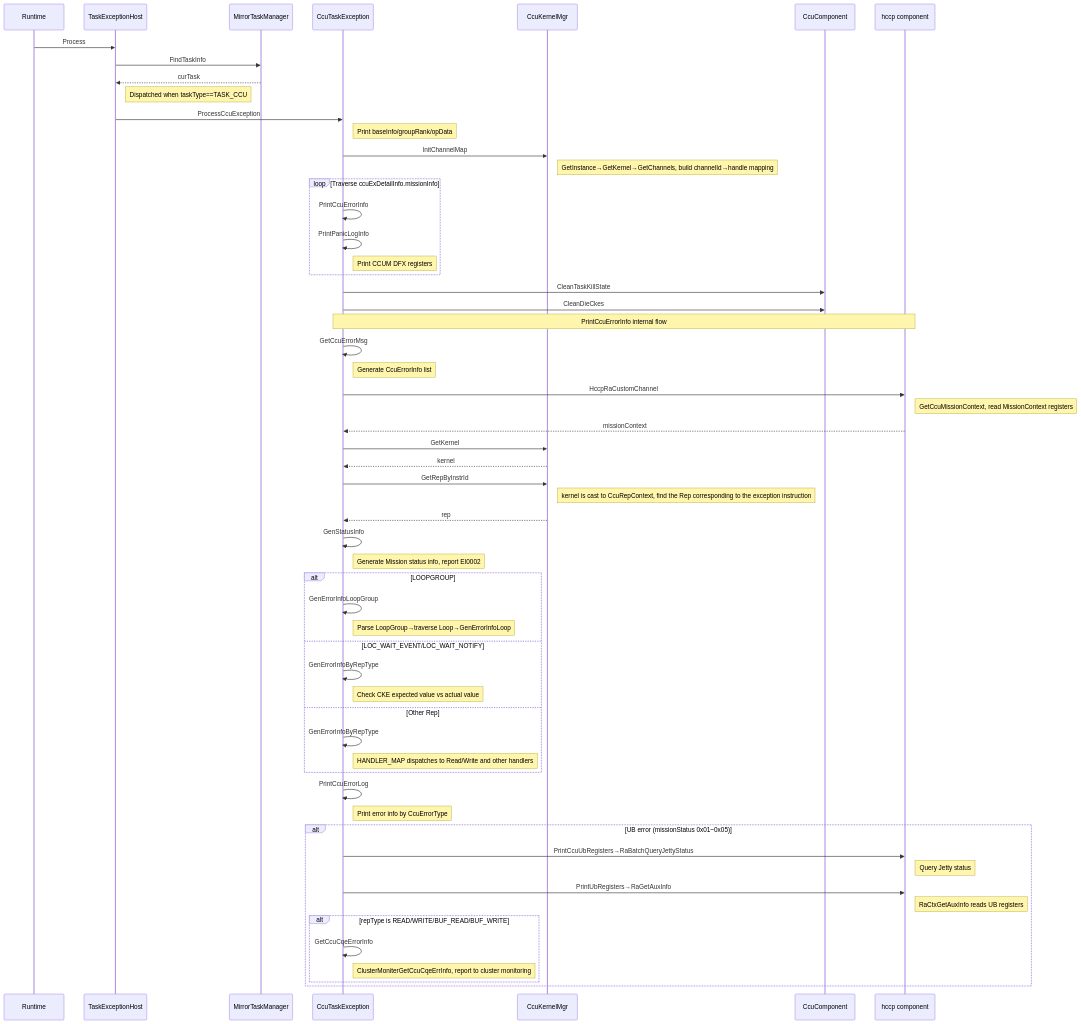
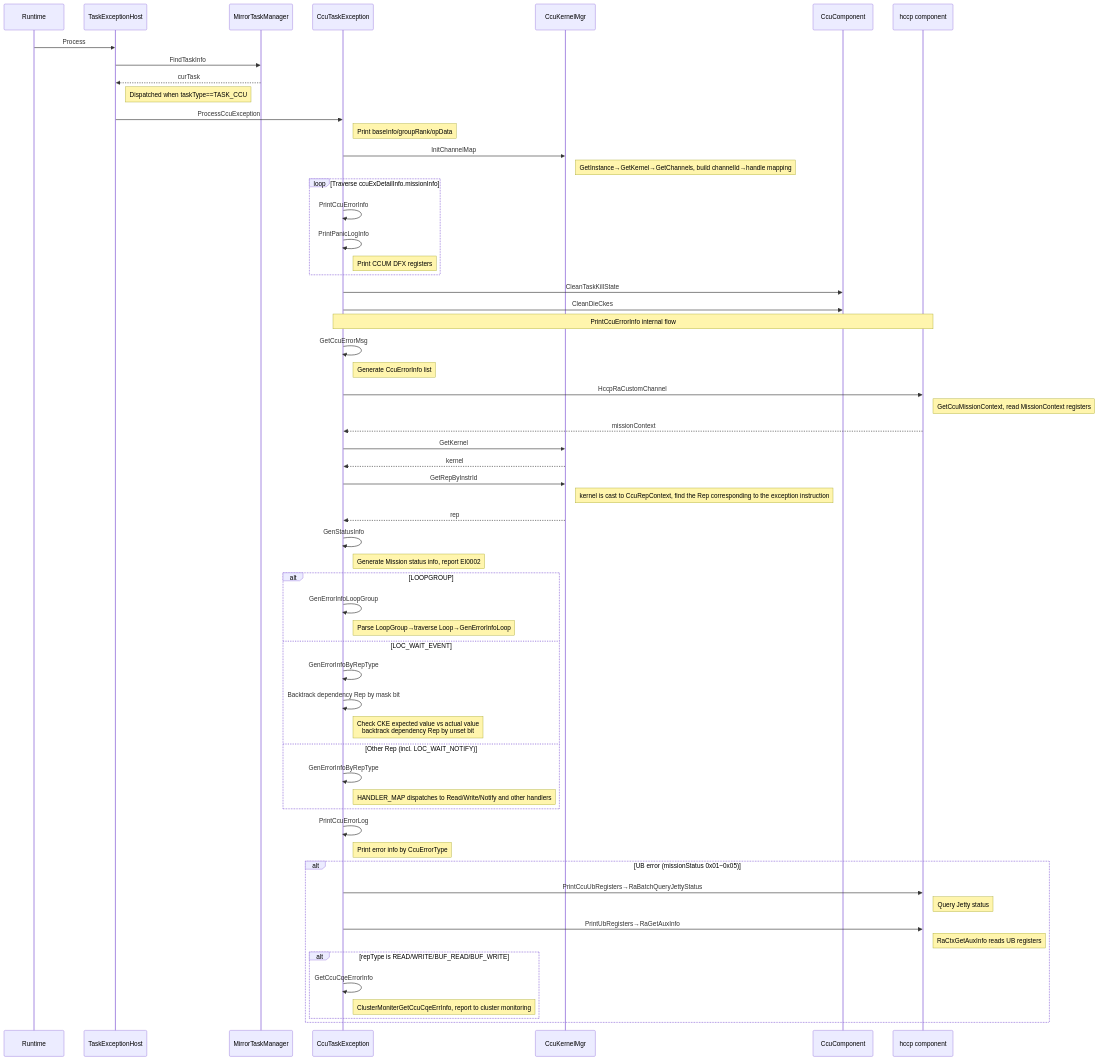
One commit to libochao-huawei/hcomm changed the seventh of 8 diagrams in src/coll_communicator_mgr/dfx/taskException/taskException_en.md. Above: the diagram before and after it, drawn with Mermaid. The commit also changed 9 other files, not shown here.

First paragraph of the commit message:
[dfx] CCU WaitEvent 异常路径补充依赖 Rep 信息上报，提升故障定位能力

````diff
--- a/src/coll_communicator_mgr/dfx/taskException/taskException_en.md
+++ b/src/coll_communicator_mgr/dfx/taskException/taskException_en.md
@@ -355,74 +355,75 @@
 ```mermaid
 sequenceDiagram
     participant Runtime
     participant TaskExceptionHost
     participant MirrorTaskManager
     participant CcuTaskException
     participant CcuKernelMgr
     participant CcuComponent
     participant hccp component
 
     Runtime->>TaskExceptionHost: Process
     TaskExceptionHost->>MirrorTaskManager: FindTaskInfo
     MirrorTaskManager-->>TaskExceptionHost: curTask
     Note right of TaskExceptionHost: Dispatched when taskType==TASK_CCU
 
     TaskExceptionHost->>CcuTaskException: ProcessCcuException
     Note right of CcuTaskException: Print baseInfo/groupRank/opData
 
     CcuTaskException->>CcuKernelMgr: InitChannelMap
     Note right of CcuKernelMgr: GetInstance→GetKernel→GetChannels, build channelId→handle mapping
 
     loop Traverse ccuExDetailInfo.missionInfo
         CcuTaskException->>CcuTaskException: PrintCcuErrorInfo
         CcuTaskException->>CcuTaskException: PrintPanicLogInfo
         Note right of CcuTaskException: Print CCUM DFX registers
     end
 
     CcuTaskException->>CcuComponent: CleanTaskKillState
     CcuTaskException->>CcuComponent: CleanDieCkes
 
     Note over CcuTaskException,hccp component: PrintCcuErrorInfo internal flow
 
     CcuTaskException->>CcuTaskException: GetCcuErrorMsg
     Note right of CcuTaskException: Generate CcuErrorInfo list
 
     CcuTaskException->>hccp component: HccpRaCustomChannel
     Note right of hccp component: GetCcuMissionContext, read MissionContext registers
     hccp component-->>CcuTaskException: missionContext
 
     CcuTaskException->>CcuKernelMgr: GetKernel
     CcuKernelMgr-->>CcuTaskException: kernel
 
     CcuTaskException->>CcuKernelMgr: GetRepByInstrId
     Note right of CcuKernelMgr: kernel is cast to CcuRepContext, find the Rep corresponding to the exception instruction
     CcuKernelMgr-->>CcuTaskException: rep
 
     CcuTaskException->>CcuTaskException: GenStatusInfo
     Note right of CcuTaskException: Generate Mission status info, report EI0002
 
     alt LOOPGROUP
         CcuTaskException->>CcuTaskException: GenErrorInfoLoopGroup
         Note right of CcuTaskException: Parse LoopGroup→traverse Loop→GenErrorInfoLoop
-    else LOC_WAIT_EVENT/LOC_WAIT_NOTIFY
+    else LOC_WAIT_EVENT
         CcuTaskException->>CcuTaskException: GenErrorInfoByRepType
-        Note right of CcuTaskException: Check CKE expected value vs actual value
-    else Other Rep
+        CcuTaskException->>CcuTaskException: Backtrack dependency Rep by mask bit
+        Note right of CcuTaskException: Check CKE expected value vs actual value<br/>backtrack dependency Rep by unset bit
+    else Other Rep (incl. LOC_WAIT_NOTIFY)
         CcuTaskException->>CcuTaskException: GenErrorInfoByRepType
-        Note right of CcuTaskException: HANDLER_MAP dispatches to Read/Write and other handlers
+        Note right of CcuTaskException: HANDLER_MAP dispatches to Read/Write/Notify and other handlers
     end
 
     CcuTaskException->>CcuTaskException: PrintCcuErrorLog
     Note right of CcuTaskException: Print error info by CcuErrorType
 
     alt UB error (missionStatus 0x01~0x05)
         CcuTaskException->>hccp component: PrintCcuUbRegisters→RaBatchQueryJettyStatus
         Note right of hccp component: Query Jetty status
         CcuTaskException->>hccp component: PrintUbRegisters→RaGetAuxInfo
         Note right of hccp component: RaCtxGetAuxInfo reads UB registers
         alt repType is READ/WRITE/BUF_READ/BUF_WRITE
             CcuTaskException->>CcuTaskException: GetCcuCqeErrorInfo
             Note right of CcuTaskException: ClusterMoniterGetCcuCqeErrInfo, report to cluster monitoring
         end
     end
 ```
````
